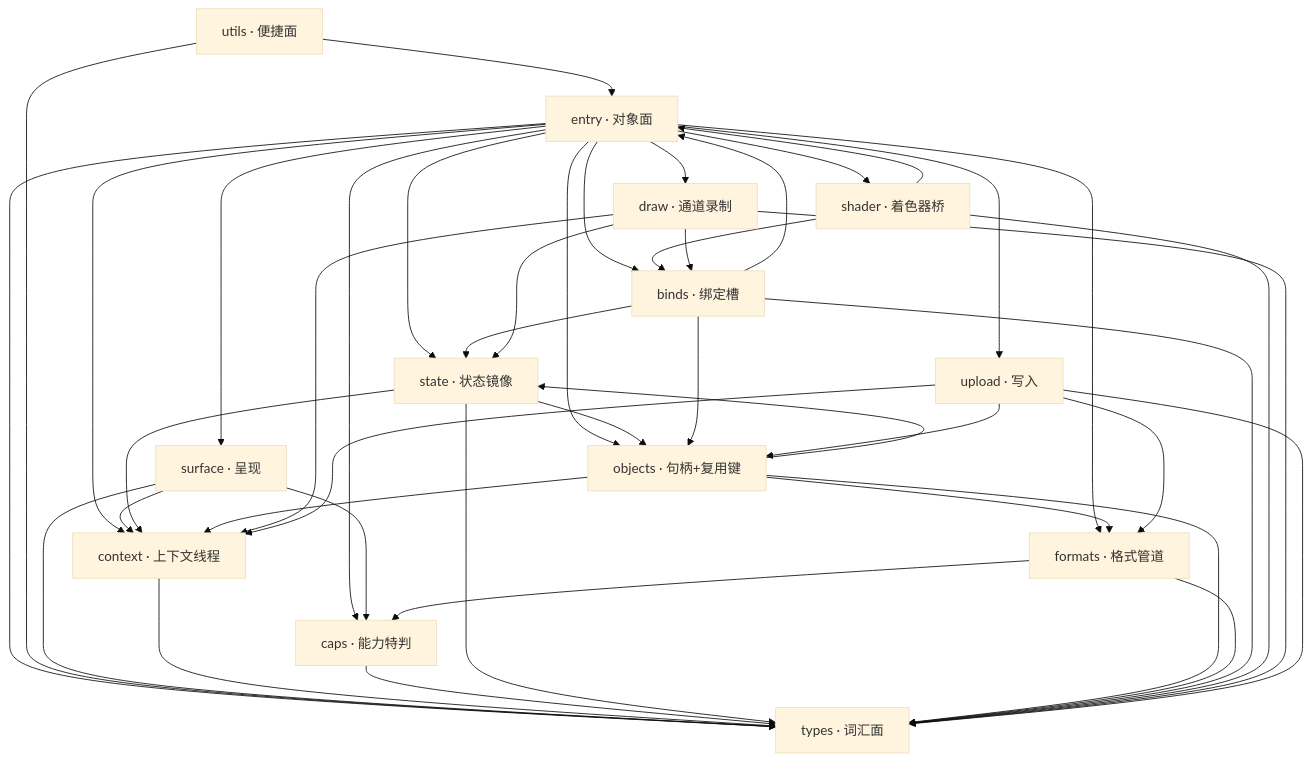
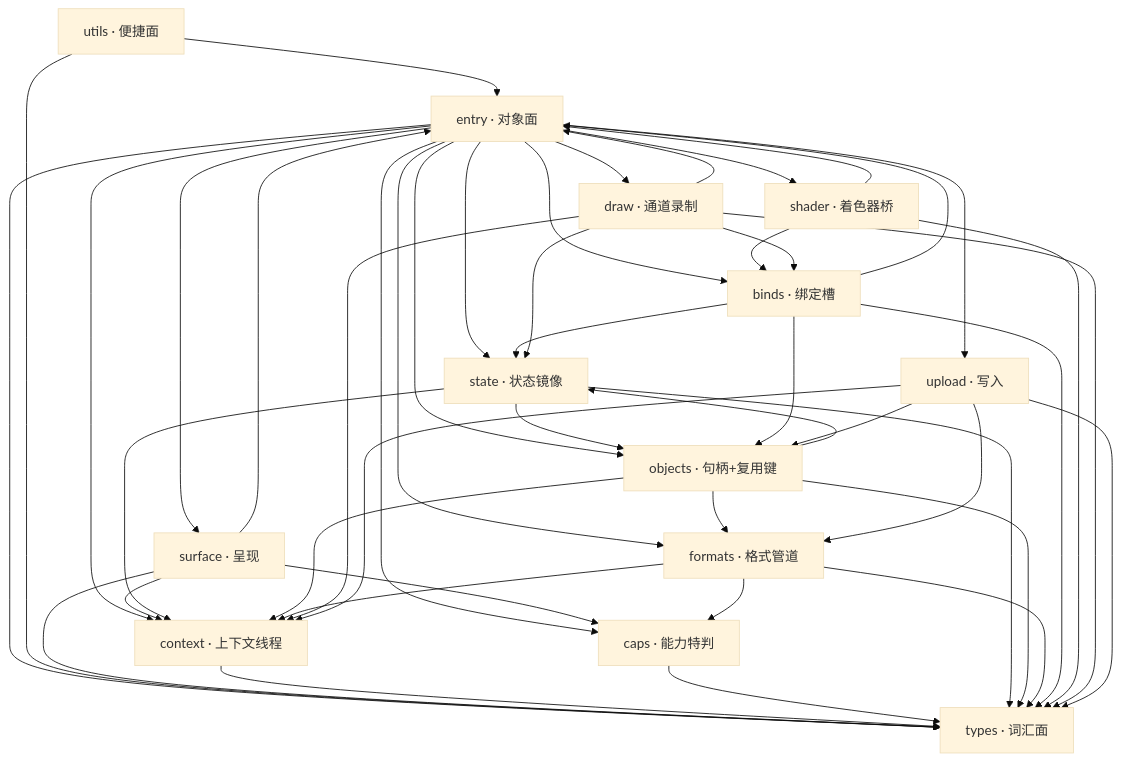
The first of 7 diagrams in design/pi-wgpu-rebuild/05-modules/deps.md (GaiaWorld/pi_wgpu), drawn with Mermaid (base theme) before and after one commit. The commit also changed other lines of this file and 13 other files, not shown here.

````diff
--- a/design/pi-wgpu-rebuild/05-modules/deps.md
+++ b/design/pi-wgpu-rebuild/05-modules/deps.md
@@ -35,58 +35,61 @@
 ```mermaid
 flowchart TD
   types["types · 词汇面"]
   entry["entry · 对象面"]
   surface["surface · 呈现"]
   context["context · 上下文线程"]
   caps["caps · 能力特判"]
   state["state · 状态镜像"]
   objects["objects · 句柄+复用键"]
   formats["formats · 格式管道"]
   binds["binds · 绑定槽"]
   shader["shader · 着色器桥"]
   draw["draw · 通道录制"]
   upload["upload · 写入"]
   utils["utils · 便捷面"]
   entry --> types
   entry --> surface
   entry --> context
   entry --> caps
   entry --> state
   entry --> formats
   entry --> objects
   entry --> binds
   entry --> shader
   entry --> draw
   entry --> upload
   utils --> types
   utils --> entry
   surface --> types
   surface --> context
   surface --> caps
+  surface --> entry
   context --> types
   caps --> types
   state --> types
   state --> context
   state --> objects
   objects --> types
   objects --> context
   objects --> formats
   objects --> state
   formats --> types
   formats --> caps
+  formats --> context
   binds --> types
   binds --> state
   binds --> entry
   binds --> objects
   shader --> types
   shader --> binds
   shader --> entry
   draw --> types
   draw --> state
   draw --> binds
   draw --> context
+  draw --> entry
   upload --> types
   upload --> objects
   upload --> context
   upload --> formats
 ```
````
